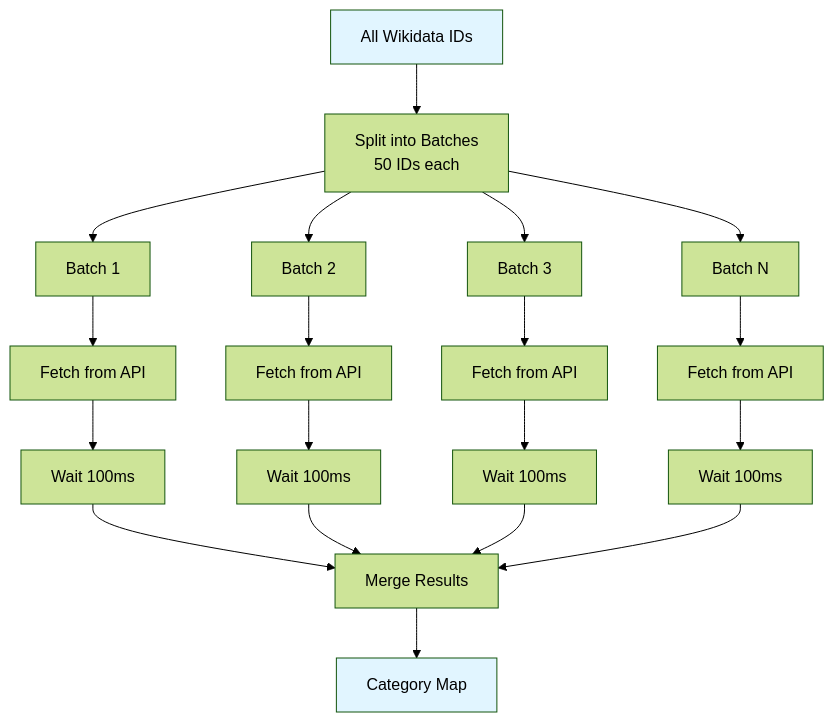
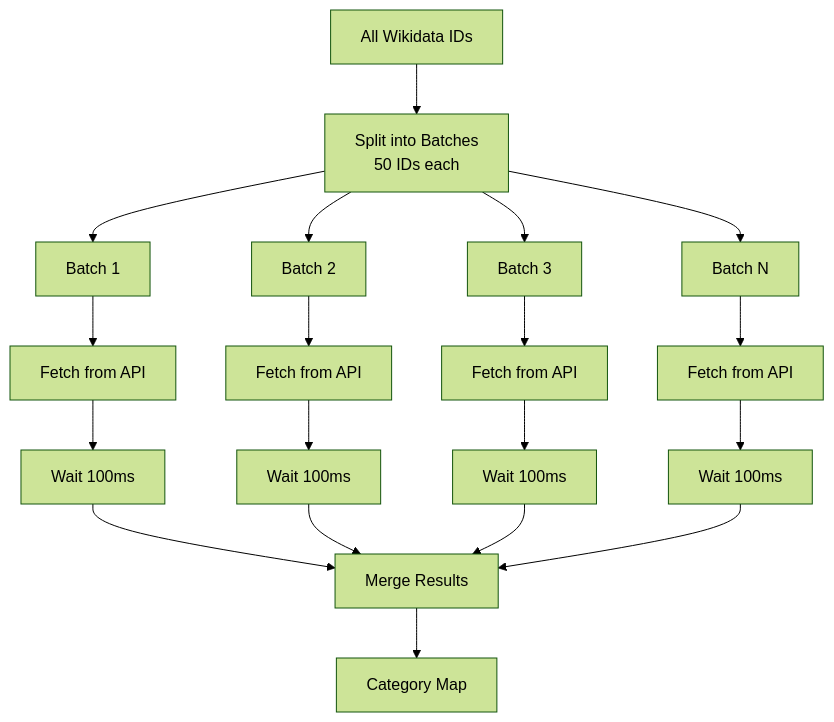
Before and after one commit to DaxServer/geocode-commons-categories: diagram 11 of 12 in docs/import/architecture.md, drawn with Mermaid (forest theme). The commit also changed other lines of this file and 5 other files, not shown here.

````diff
--- a/docs/import/architecture.md
+++ b/docs/import/architecture.md
@@ -412,29 +392,27 @@
 ```mermaid
 graph TD
     INPUT[All Wikidata IDs] --> SPLIT[Split into Batches<br/>50 IDs each]
 
     SPLIT --> B1[Batch 1]
     SPLIT --> B2[Batch 2]
     SPLIT --> B3[Batch 3]
     SPLIT --> BN[Batch N]
 
     B1 --> API1[Fetch from API]
     B2 --> API2[Fetch from API]
     B3 --> API3[Fetch from API]
     BN --> APIN[Fetch from API]
 
     API1 --> DELAY1[Wait 100ms]
     API2 --> DELAY2[Wait 100ms]
     API3 --> DELAY3[Wait 100ms]
     APIN --> DELAYN[Wait 100ms]
 
     DELAY1 --> MERGE[Merge Results]
     DELAY2 --> MERGE
     DELAY3 --> MERGE
     DELAYN --> MERGE
 
     MERGE --> OUTPUT[Category Map]
 
-    style INPUT fill:#e1f5ff
-    style OUTPUT fill:#e1f5ff
 ```
````
